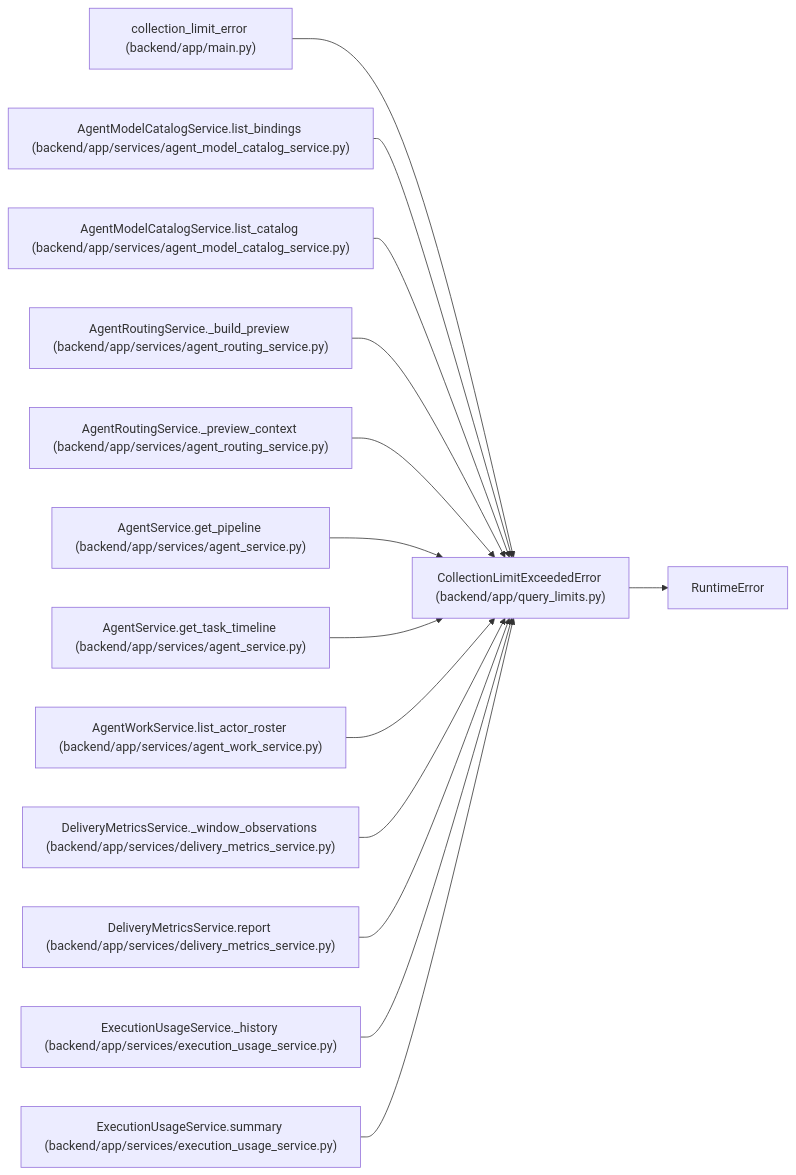
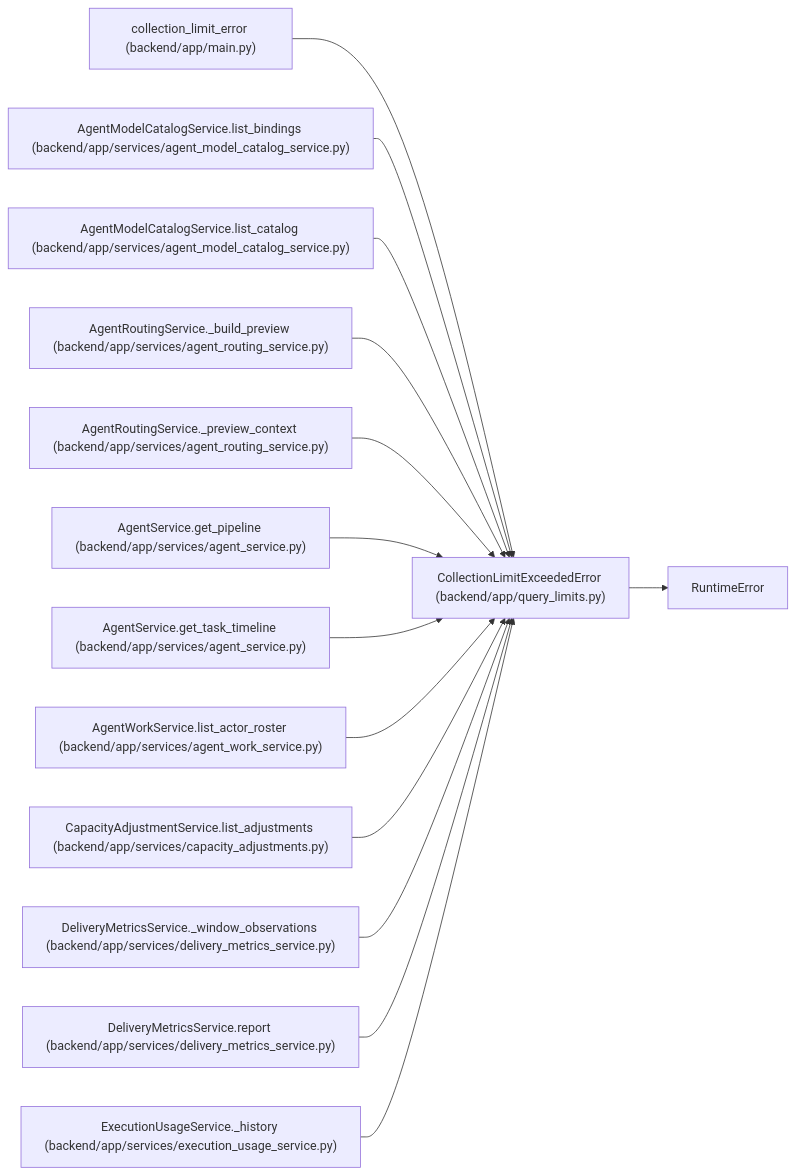
Before and after one commit to Denissvgn/WorkChord: the diagram in docs/llm_wiki/entities/CollectionLimitExceededError.md, drawn with Mermaid. The commit also changed other lines of this file and 1817 other files, not shown here.

First line of the commit message:
Refresh the architectural wiki for the 1.9.0 changes

````diff
--- a/docs/llm_wiki/entities/CollectionLimitExceededError.md
+++ b/docs/llm_wiki/entities/CollectionLimitExceededError.md
@@ -26,43 +26,43 @@
 ```mermaid
 flowchart LR
     n0["CollectionLimitExceededError (backend/app/query_limits.py)"]
     n1["RuntimeError"]
     n2["collection_limit_error (backend/app/main.py)"]
     n3["AgentModelCatalogService.list_bindings (backend/app/services/agent_model_catalog_service.py)"]
     n4["AgentModelCatalogService.list_catalog (backend/app/services/agent_model_catalog_service.py)"]
     n5["AgentRoutingService._build_preview (backend/app/services/agent_routing_service.py)"]
     n6["AgentRoutingService._preview_context (backend/app/services/agent_routing_service.py)"]
     n7["AgentService.get_pipeline (backend/app/services/agent_service.py)"]
     n8["AgentService.get_task_timeline (backend/app/services/agent_service.py)"]
     n9["AgentWorkService.list_actor_roster (backend/app/services/agent_work_service.py)"]
-    n10["DeliveryMetricsService._window_observations (backend/app/services/delivery_metrics_service.py)"]
-    n11["DeliveryMetricsService.report (backend/app/services/delivery_metrics_service.py)"]
-    n12["ExecutionUsageService._history (backend/app/services/execution_usage_service.py)"]
-    n13["ExecutionUsageService.summary (backend/app/services/execution_usage_service.py)"]
+    n10["CapacityAdjustmentService.list_adjustments (backend/app/services/capacity_adjustments.py)"]
+    n11["DeliveryMetricsService._window_observations (backend/app/services/delivery_metrics_service.py)"]
+    n12["DeliveryMetricsService.report (backend/app/services/delivery_metrics_service.py)"]
+    n13["ExecutionUsageService._history (backend/app/services/execution_usage_service.py)"]
     n0 --> n1
     n2 --> n0
     n3 --> n0
     n4 --> n0
     n5 --> n0
     n6 --> n0
     n7 --> n0
     n8 --> n0
     n9 --> n0
     n10 --> n0
     n11 --> n0
     n12 --> n0
     n13 --> n0
     click n0 "../modules/query_limits.md"
     click n2 "../modules/app_main.md"
     click n3 "../modules/agent_model_catalog_service.md"
     click n4 "../modules/agent_model_catalog_service.md"
     click n5 "../modules/agent_routing_service.md"
     click n6 "../modules/agent_routing_service.md"
     click n7 "../modules/agent_service.md"
     click n8 "../modules/agent_service.md"
     click n9 "../modules/agent_work_service.md"
-    click n10 "../modules/delivery_metrics_service.md"
+    click n10 "../modules/capacity_adjustments.md"
     click n11 "../modules/delivery_metrics_service.md"
-    click n12 "../modules/execution_usage_service.md"
+    click n12 "../modules/delivery_metrics_service.md"
     click n13 "../modules/execution_usage_service.md"
 ```
````
